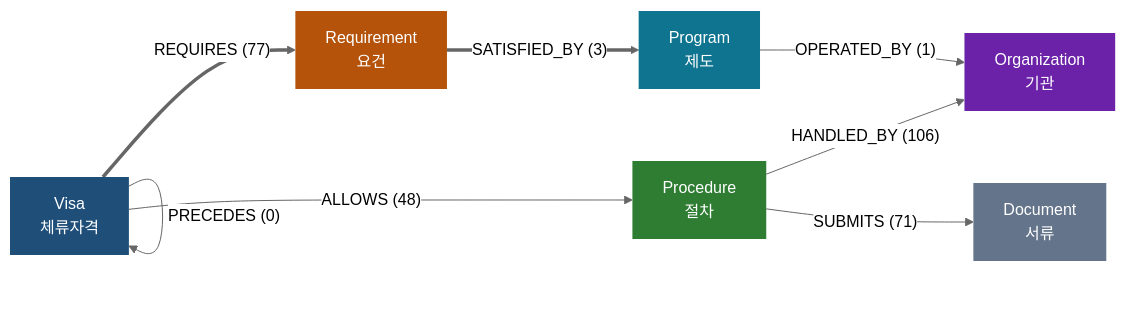
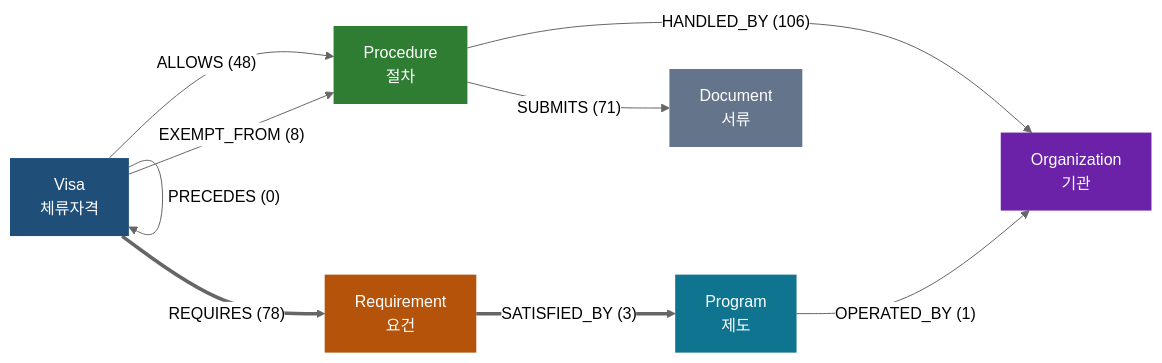
Before and after one commit to jubyeong-kim/visa-graph-agent: the diagram in output/schema.md, drawn with Mermaid (neutral theme). The commit also changed 9 other files, not shown here.

````diff
--- a/output/schema.md
+++ b/output/schema.md
@@ -5,25 +5,26 @@
 ```mermaid
 graph LR
   Visa["Visa<br/>체류자격"]
   Procedure["Procedure<br/>절차"]
   Requirement["Requirement<br/>요건"]
   Organization["Organization<br/>기관"]
   Program["Program<br/>제도"]
   Document["Document<br/>서류"]
 
   Visa ==>|"CONVERTS_TO (16)"| Visa
-  Visa ==>|"REQUIRES (77)"| Requirement
+  Visa ==>|"REQUIRES (78)"| Requirement
   Visa -->|"ALLOWS (48)"| Procedure
+  Visa -->|"EXEMPT_FROM (8)"| Procedure
   Procedure -->|"HANDLED_BY (106)"| Organization
   Procedure -->|"SUBMITS (71)"| Document
   Requirement ==>|"SATISFIED_BY (3)"| Program
   Program -->|"OPERATED_BY (1)"| Organization
   Visa -->|"PRECEDES (0)"| Visa
 
   style Visa fill:#1f4e79,color:#fff,stroke:none
   style Procedure fill:#2e7d32,color:#fff,stroke:none
   style Requirement fill:#b45309,color:#fff,stroke:none
   style Organization fill:#6b21a8,color:#fff,stroke:none
   style Program fill:#0e7490,color:#fff,stroke:none
   style Document fill:#64748b,color:#fff,stroke:none
 ```
````
